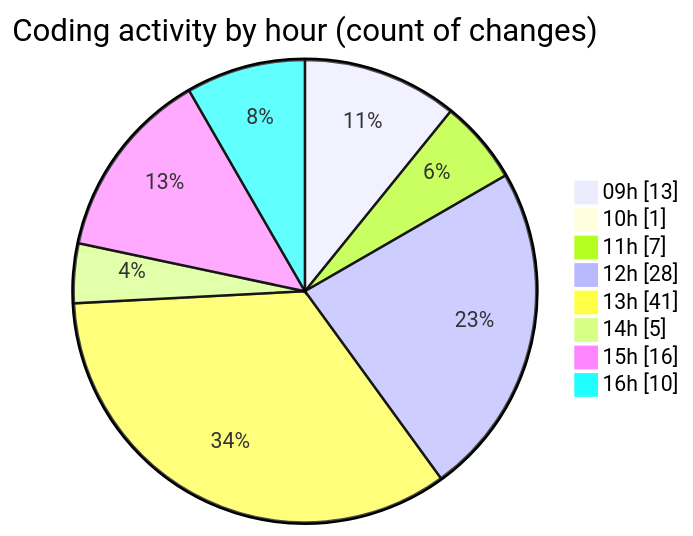
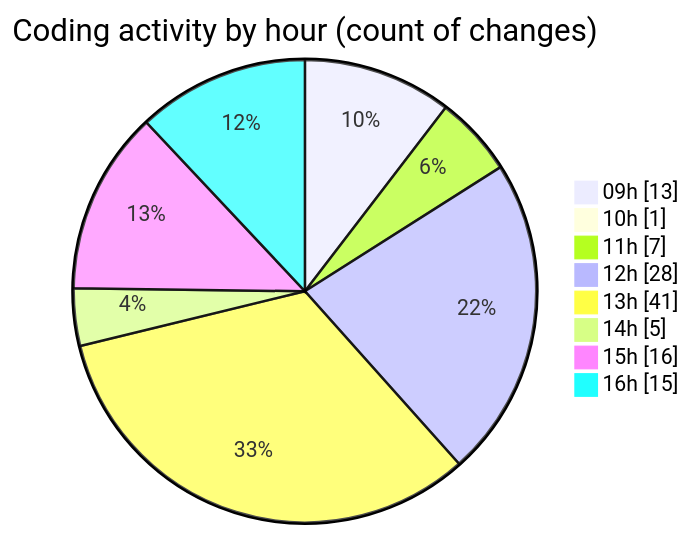
One commit to momahboobian/code-tracking changed the second of 2 diagrams in 2025-05-12/cda/README.md. Above: the diagram before and after it, drawn with Mermaid. The commit also changed other lines of this file and 1 other file, not shown here.

````diff
--- a/2025-05-12/cda/README.md
+++ b/2025-05-12/cda/README.md
@@ -41,12 +41,12 @@
 ```mermaid
 pie showData
 title Coding activity by hour (count of changes)
 "09h" : 13
 "10h" : 1
 "11h" : 7
 "12h" : 28
 "13h" : 41
 "14h" : 5
 "15h" : 16
-"16h" : 10
+"16h" : 15
 ```
````
